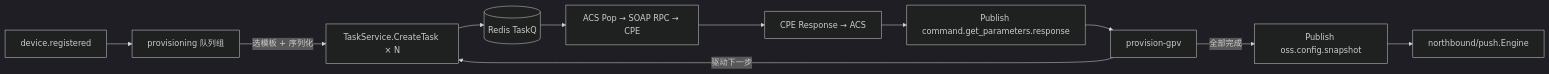
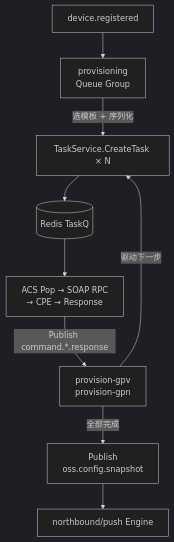
One commit to bixinhaner/xomc changed the seventh of 15 diagrams in docs/消息队列全流程流转说明书.md. Above: the diagram before and after it, drawn with Mermaid (dark theme). The commit also changed other lines of this file, not shown here.

First line of the commit message:
docs(mq): 优化《消息队列全流程流转说明书》Mermaid 图的可视化宽度

````diff
--- a/docs/消息队列全流程流转说明书.md
+++ b/docs/消息队列全流程流转说明书.md
@@ -369,13 +380,11 @@
 ```mermaid
-flowchart LR
-    A[device.registered] --> B[provisioning 队列组]
-    B -->|选模板 + 序列化| C[TaskService.CreateTask × N]
+flowchart TB
+    A[device.registered] --> B[provisioning<br/>Queue Group]
+    B -- 选模板 + 序列化 --> C[TaskService.CreateTask × N]
     C --> D[(Redis TaskQ)]
-    D --> E[ACS Pop → SOAP RPC → CPE]
-    E --> F[CPE Response → ACS]
-    F --> G[Publish command.get_parameters.response]
-    G --> H[provision-gpv]
-    H -->|驱动下一步| C
-    H -->|全部完成| I[Publish oss.config.snapshot]
-    I --> J[northbound/push.Engine]
+    D --> E[ACS Pop → SOAP RPC<br/>→ CPE → Response]
+    E -- Publish command.*.response --> H[provision-gpv<br/>provision-gpn]
+    H -- 驱动下一步 --> C
+    H -- 全部完成 --> I[Publish<br/>oss.config.snapshot]
+    I --> J[northbound/push Engine]
 ```
````
